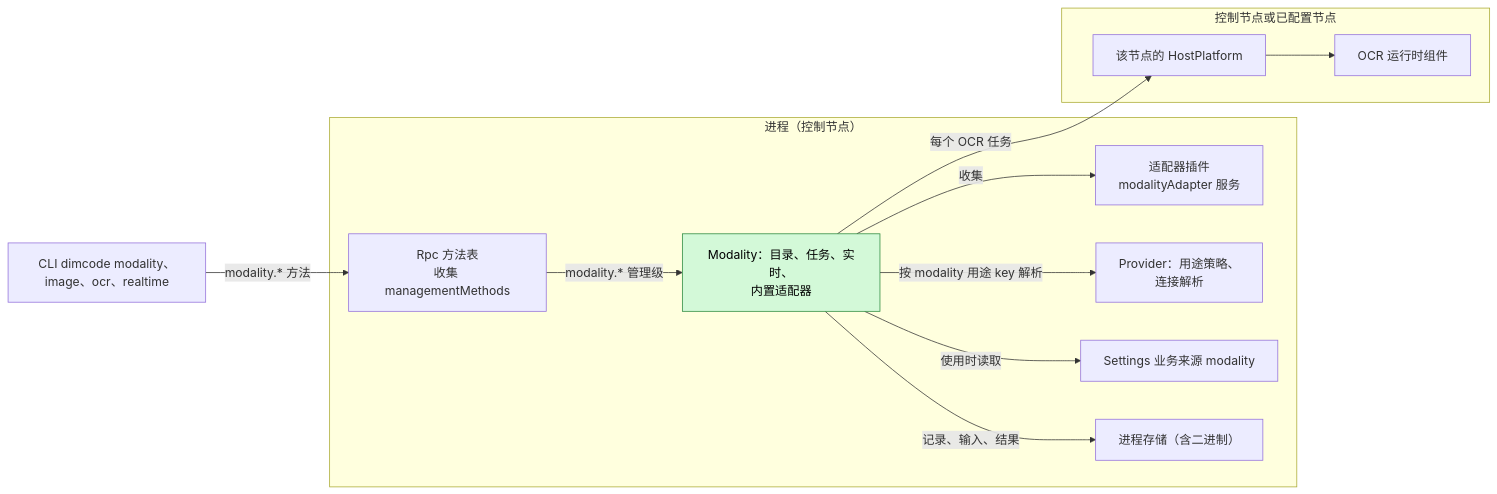
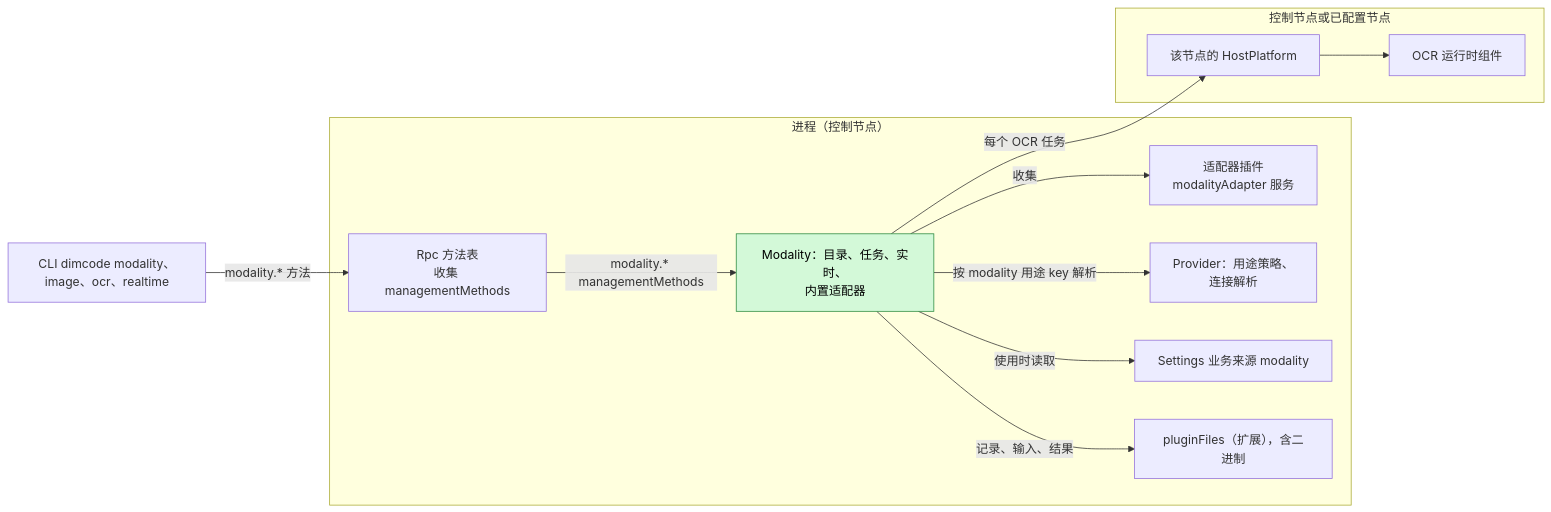
Before and after one commit to CoutinhoTTS/dim-agent: the first of 6 diagrams in docs/zh/design/plugins/Modality.md, drawn with Mermaid. The commit also changed other lines of this file and 42 other files, not shown here.

````diff
--- a/docs/zh/design/plugins/Modality.md
+++ b/docs/zh/design/plugins/Modality.md
@@ -9,25 +9,25 @@
 ```mermaid
 flowchart LR
   subgraph PROC["进程（控制节点）"]
     Mod["Modality：目录、任务、实时、<br/>内置适配器"]:::new
     AdPlug["适配器插件<br/>modalityAdapter 服务"]
     Rpc["Rpc 方法表<br/>收集 managementMethods"]
     Prov["Provider：用途策略、<br/>连接解析"]
     Set["Settings 业务来源 modality"]
-    Store["进程存储（含二进制）"]
+    Store["pluginFiles（扩展），含二进制"]
   end
   subgraph NODE["控制节点或已配置节点"]
     HP["该节点的 HostPlatform"]
     OCR["OCR 运行时组件"]
   end
   CLI["CLI dimcode modality、image、ocr、realtime"]
   Mod -->|"收集"| AdPlug
   Mod -->|"每个 OCR 任务"| HP
   HP --> OCR
   Mod -->|"按 modality 用途 key 解析"| Prov
   Mod -->|"记录、输入、结果"| Store
   Mod -->|"使用时读取"| Set
-  Rpc -->|"modality.* 管理级"| Mod
+  Rpc -->|"modality.* managementMethods"| Mod
   CLI -->|"modality.* 方法"| Rpc
   classDef new fill:#d3f9d8,stroke:#2b8a3e,color:#000
 ```
````
